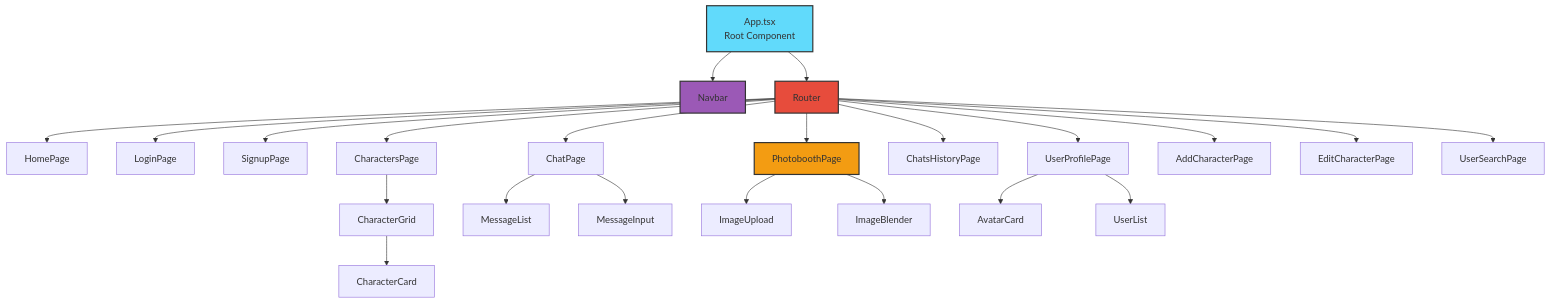
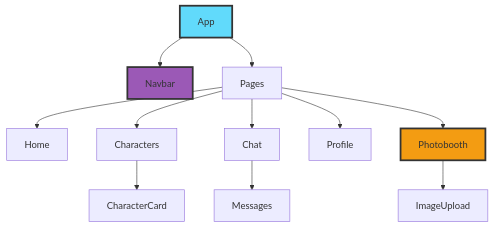
Before and after one commit to Zero123-star/JunoChat: the fourth of 10 diagrams in DIAGRAM.md, drawn with Mermaid. The commit also changed other lines of this file, not shown here.

First line of the commit message:
Simplify UML diagrams for better readability

````diff
--- a/DIAGRAM.md
+++ b/DIAGRAM.md
@@ -189,34 +131,19 @@
 ```mermaid
 graph TD
-    A[App.tsx<br/>Root Component] --> B[Navbar]
-    A --> C[Router]
+    A[App] --> B[Navbar]
+    A --> C[Pages]
     
-    C --> D[HomePage]
-    C --> E[LoginPage]
-    C --> F[SignupPage]
-    C --> G[CharactersPage]
-    C --> H[ChatPage]
-    C --> I[UserProfilePage]
-    C --> J[ChatsHistoryPage]
-    C --> K[PhotoboothPage]
-    C --> L[AddCharacterPage]
-    C --> M[EditCharacterPage]
-    C --> N[UserSearchPage]
+    C --> D[Home]
+    C --> E[Characters]
+    C --> F[Chat]
+    C --> G[Profile]
+    C --> H[Photobooth]
     
-    G --> O[CharacterGrid]
-    O --> P[CharacterCard]
+    E --> I[CharacterCard]
+    F --> J[Messages]
+    H --> K[ImageUpload]
     
-    H --> Q[MessageList]
-    H --> R[MessageInput]
-    
-    K --> S[ImageUpload]
-    K --> T[ImageBlender]
-    
-    I --> U[AvatarCard]
-    I --> V[UserList]
-    
-    style A fill:#61dafb,stroke:#333,stroke-width:2px
-    style B fill:#9b59b6,stroke:#333,stroke-width:2px
-    style C fill:#e74c3c,stroke:#333,stroke-width:2px
-    style K fill:#f39c12,stroke:#333,stroke-width:2px
+    style A fill:#61dafb,stroke:#333,stroke-width:3px
+    style B fill:#9b59b6,stroke:#333,stroke-width:3px
+    style H fill:#f39c12,stroke:#333,stroke-width:3px
 ```
````
